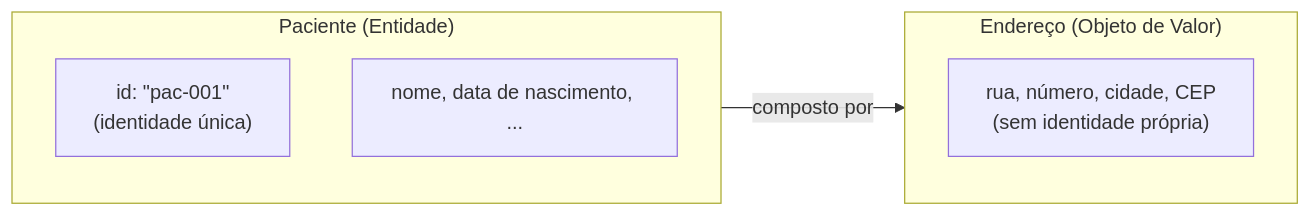
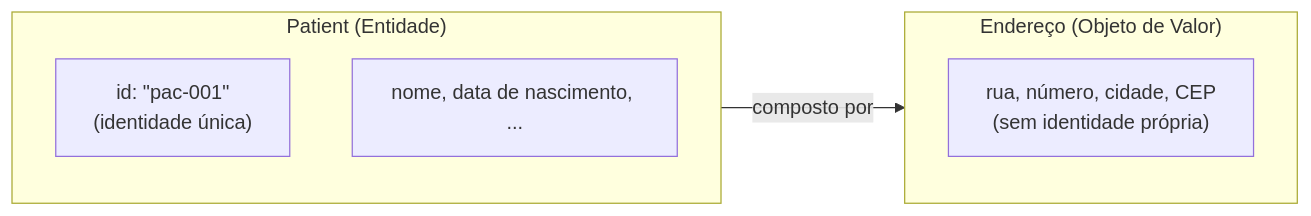
The second of 5 diagrams in docs/Estratégia e Inovação/Arquitetura de Software/4 - Entidades e Objetos de Valor/1 - Entidades.md (burn-c/arquitetura-de-software-fase-2), drawn with Mermaid before and after one commit. The commit also changed other lines of this file and 6 other files, not shown here.

````diff
--- a/docs/Estratégia e Inovação/Arquitetura de Software/4 - Entidades e Objetos de Valor/1 - Entidades.md
+++ b/docs/Estratégia e Inovação/Arquitetura de Software/4 - Entidades e Objetos de Valor/1 - Entidades.md
@@ -49,12 +49,12 @@
 ```mermaid
 flowchart LR
-    subgraph Entidade["Paciente (Entidade)"]
+    subgraph Entidade["Patient (Entidade)"]
         ID["id: #quot;pac-001#quot;<br/>(identidade única)"]
         NOME["nome, data de nascimento, ..."]
     end
     subgraph ObjetoValor["Endereço (Objeto de Valor)"]
         END["rua, número, cidade, CEP<br/>(sem identidade própria)"]
     end
 
     Entidade -->|composto por| ObjetoValor
 ```
````
